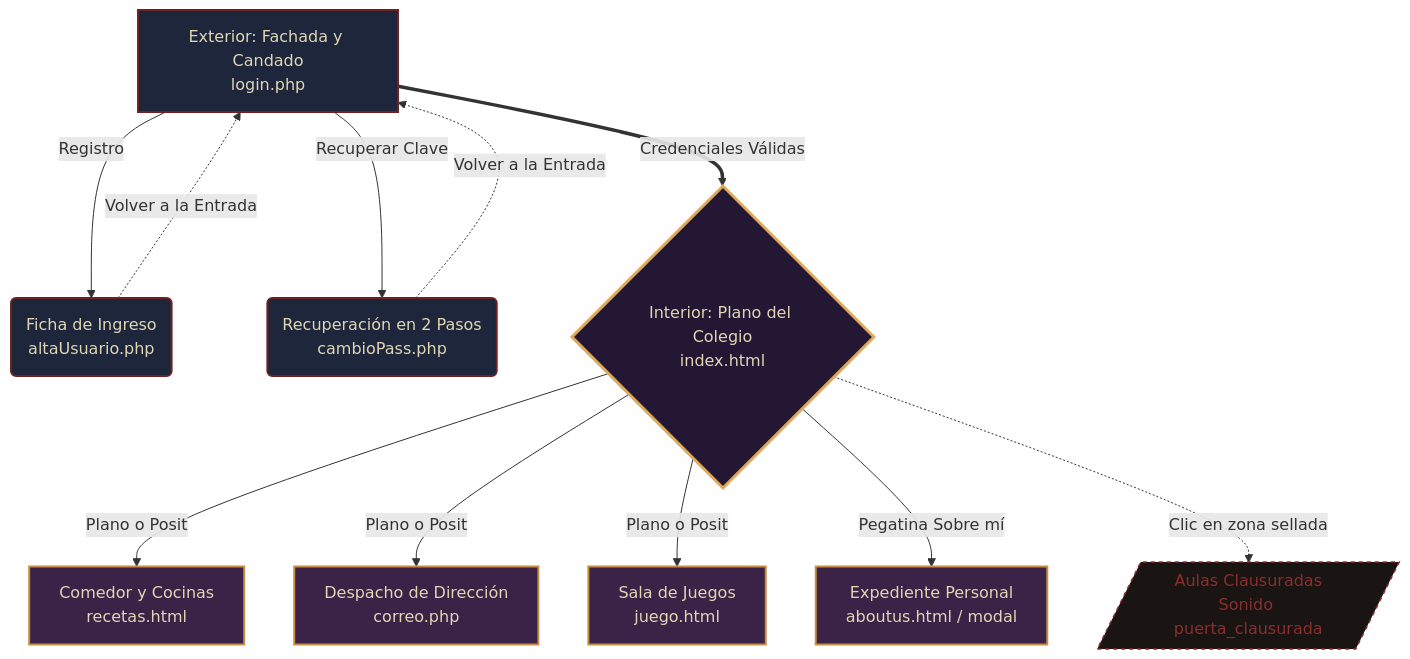
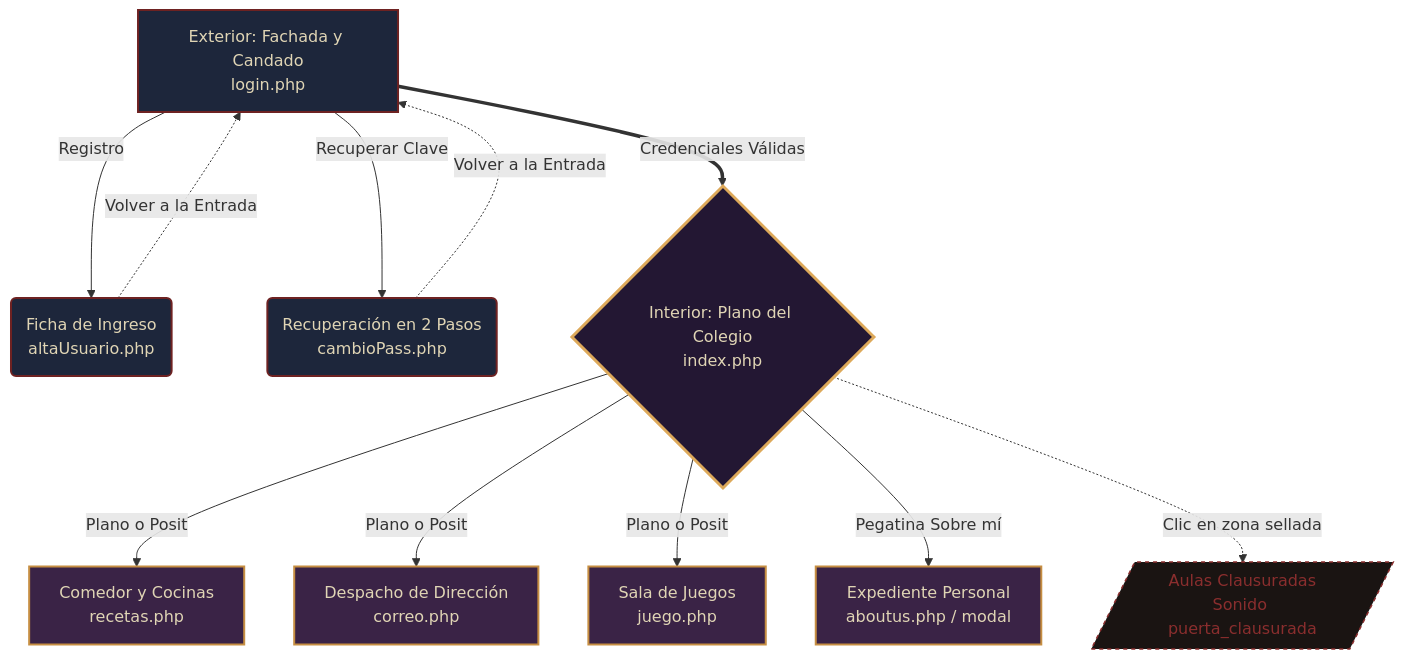
One commit to AngeIDTorres/DAWlloween changed the diagram in docs/sitemap.md. Above: the diagram before and after it, drawn with Mermaid. The commit also changed other lines of this file and 26 other files, not shown here.

````diff
--- a/docs/sitemap.md
+++ b/docs/sitemap.md
@@ -5,33 +5,33 @@
 ```mermaid
 graph TD
     %% Nivel 0: Exterior
     A[Exterior: Fachada y Candado<br>login.php] -->|Registro| B(Ficha de Ingreso<br>altaUsuario.php)
     A -->|Recuperar Clave| C(Recuperación en 2 Pasos<br>cambioPass.php)
     
     %% Retornos de autenticación
     B -.->|Volver a la Entrada| A
     C -.->|Volver a la Entrada| A
 
     %% Nivel 1: Hub Central
-    A ==>|Credenciales Válidas| D{Interior: Plano del Colegio<br>index.html}
+    A ==>|Credenciales Válidas| D{Interior: Plano del Colegio<br>index.php}
 
     %% Nivel 2: Dependencias Operativas
-    D -->|Plano o Posit| E[Comedor y Cocinas<br>recetas.html]
+    D -->|Plano o Posit| E[Comedor y Cocinas<br>recetas.php]
     D -->|Plano o Posit| F[Despacho de Dirección<br>correo.php]
-    D -->|Plano o Posit| G[Sala de Juegos<br>juego.html]
-    D -->|Pegatina Sobre mí| H[Expediente Personal<br>aboutus.html / modal]
+    D -->|Plano o Posit| G[Sala de Juegos<br>juego.php]
+    D -->|Pegatina Sobre mí| H[Expediente Personal<br>aboutus.php / modal]
 
     %% Dependencias Clausuradas
     D -.->|Clic en zona sellada| I[/Aulas Clausuradas<br>Sonido puerta_clausurada/]
 
     %% Estilos del diagrama
     classDef exterior fill:#1D263B,stroke:#6E2222,stroke-width:2px,color:#E0D5B5;
     classDef hub fill:#231733,stroke:#DDA95A,stroke-width:3px,color:#E0D5B5;
     classDef interior fill:#3A2346,stroke:#C68E42,stroke-width:2px,color:#E0D5B5;
     classDef clausurado fill:#1A1412,stroke:#8A2E2E,stroke-width:1.5px,stroke-dasharray: 4 4,color:#8A2E2E;
 
     class A,B,C exterior;
     class D hub;
     class E,F,G,H interior;
     class I clausurado;
 ```
````
